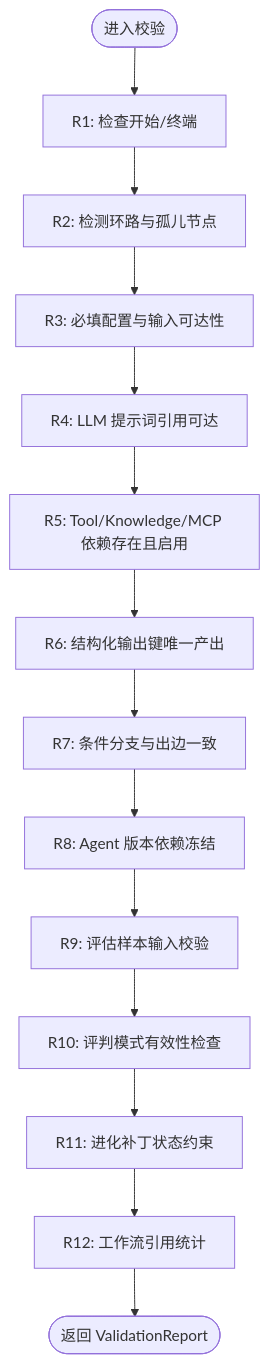
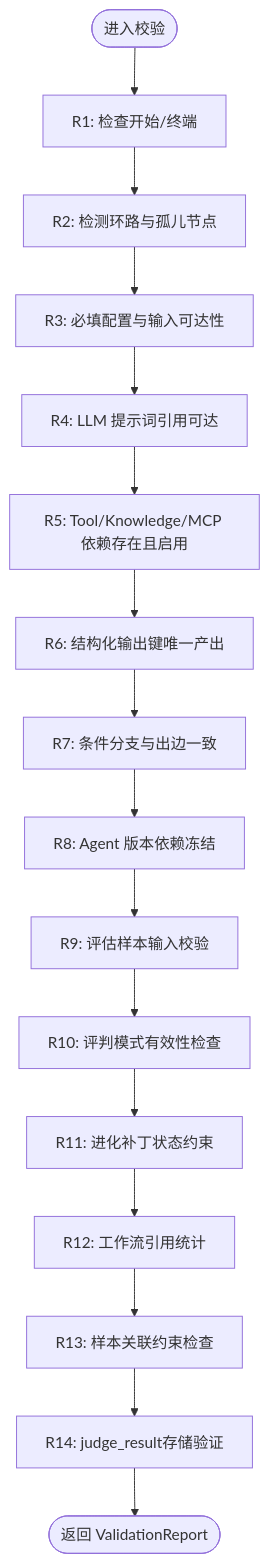
One commit to huiliuxu780/MoreThanCorn changed the third of 3 diagrams in .qoder/repowiki/zh/content/Agent 与工作流域.md. Above: the diagram before and after it, drawn with Mermaid. The commit also changed other lines of this file and 122 other files, not shown here.

````diff
--- a/.qoder/repowiki/zh/content/Agent 与工作流域.md
+++ b/.qoder/repowiki/zh/content/Agent 与工作流域.md
@@ -368,16 +383,18 @@
 ```mermaid
 flowchart TD
 Start(["进入校验"]) --> R1["R1: 检查开始/终端"]
 R1 --> R2["R2: 检测环路与孤儿节点"]
 R2 --> R3["R3: 必填配置与输入可达性"]
 R3 --> R4["R4: LLM 提示词引用可达"]
 R4 --> R5["R5: Tool/Knowledge/MCP 依赖存在且启用"]
 R5 --> R6["R6: 结构化输出键唯一产出"]
 R6 --> R7["R7: 条件分支与出边一致"]
 R7 --> R8["R8: Agent 版本依赖冻结"]
 R8 --> R9["R9: 评估样本输入校验"]
 R9 --> R10["R10: 评判模式有效性检查"]
 R10 --> R11["R11: 进化补丁状态约束"]
 R11 --> R12["R12: 工作流引用统计"]
-R12 --> End(["返回 ValidationReport"])
+R12 --> R13["R13: 样本关联约束检查"]
+R13 --> R14["R14: judge_result存储验证"]
+R14 --> End(["返回 ValidationReport"])
 ```
````
